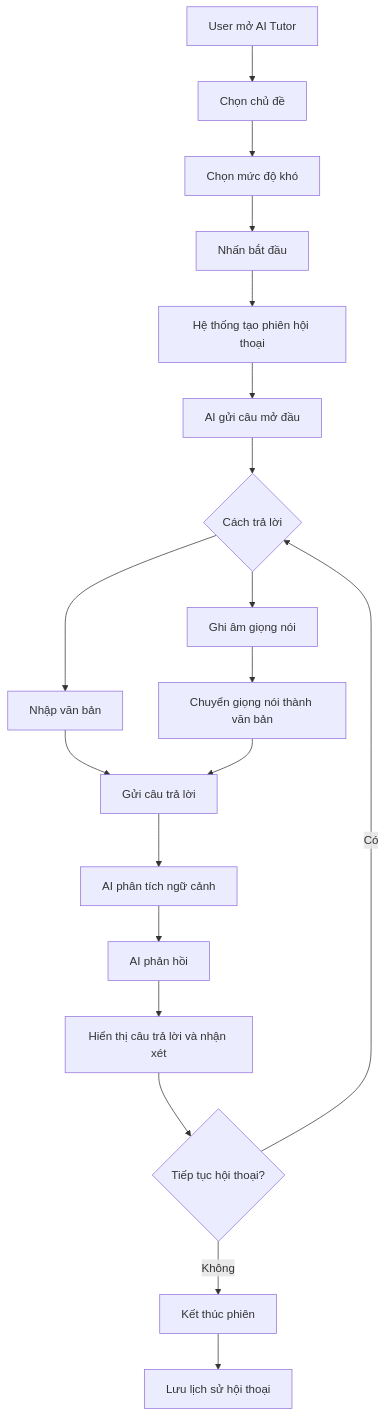
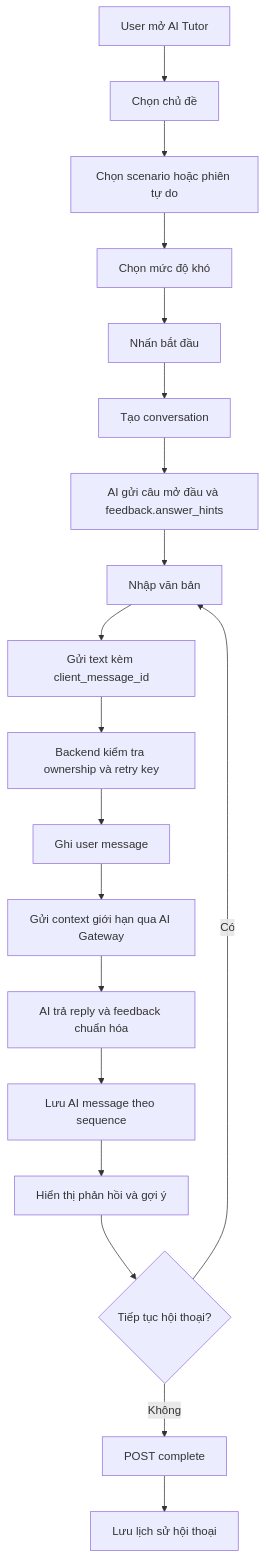
The ninth of 14 diagrams in docs/03-user-flow.md (mrthinh307/kaiwa-up), drawn with Mermaid before and after one commit. The commit also changed other lines of this file and 8 other files, not shown here.

````diff
--- a/docs/03-user-flow.md
+++ b/docs/03-user-flow.md
@@ -347,31 +347,21 @@
 ```mermaid
 flowchart TD
     A[User mở AI Tutor] --> B[Chọn chủ đề]
-
-    B --> C[Chọn mức độ khó]
-    C --> D[Nhấn bắt đầu]
-
-    D --> E[Hệ thống tạo phiên hội thoại]
-    E --> F[AI gửi câu mở đầu]
-
-    F --> G{Cách trả lời}
-
+    B --> C[Chọn scenario hoặc phiên tự do]
+    C --> D[Chọn mức độ khó]
+    D --> E[Nhấn bắt đầu]
+    E --> F[Tạo conversation]
+    F --> G[AI gửi câu mở đầu và feedback.answer_hints]
     G --> H[Nhập văn bản]
-    G --> I[Ghi âm giọng nói]
-
-    H --> J[Gửi câu trả lời]
-    I --> K[Chuyển giọng nói thành văn bản]
-    K --> J
-
-    J --> L[AI phân tích ngữ cảnh]
-    L --> M[AI phản hồi]
-
-    M --> N[Hiển thị câu trả lời và nhận xét]
-
-    N --> O{Tiếp tục hội thoại?}
-
-    O -- Có --> G
-    O -- Không --> P[Kết thúc phiên]
-
-    P --> Q[Lưu lịch sử hội thoại]
+    H --> I[Gửi text kèm client_message_id]
+    I --> J[Backend kiểm tra ownership và retry key]
+    J --> K[Ghi user message]
+    K --> L[Gửi context giới hạn qua AI Gateway]
+    L --> M[AI trả reply và feedback chuẩn hóa]
+    M --> N[Lưu AI message theo sequence]
+    N --> O[Hiển thị phản hồi và gợi ý]
+    O --> P{Tiếp tục hội thoại?}
+    P -- Có --> H
+    P -- Không --> Q[POST complete]
+    Q --> R[Lưu lịch sử hội thoại]
 ```
````
